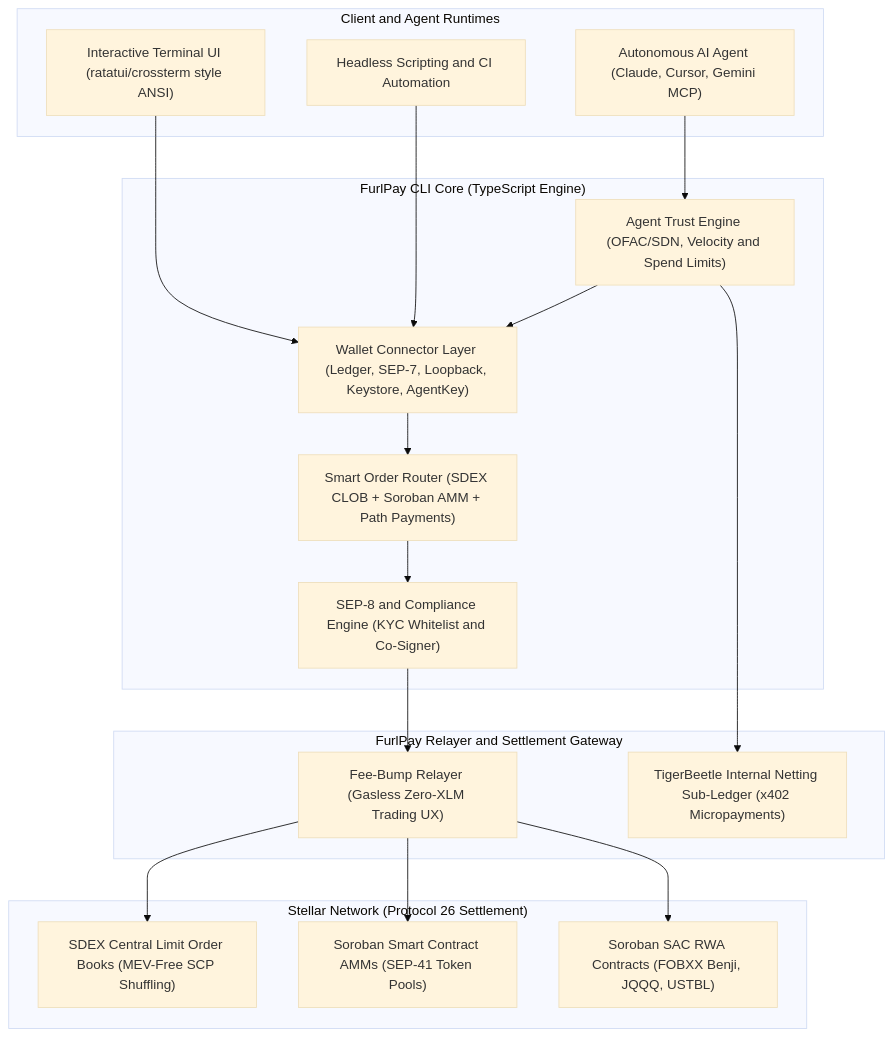
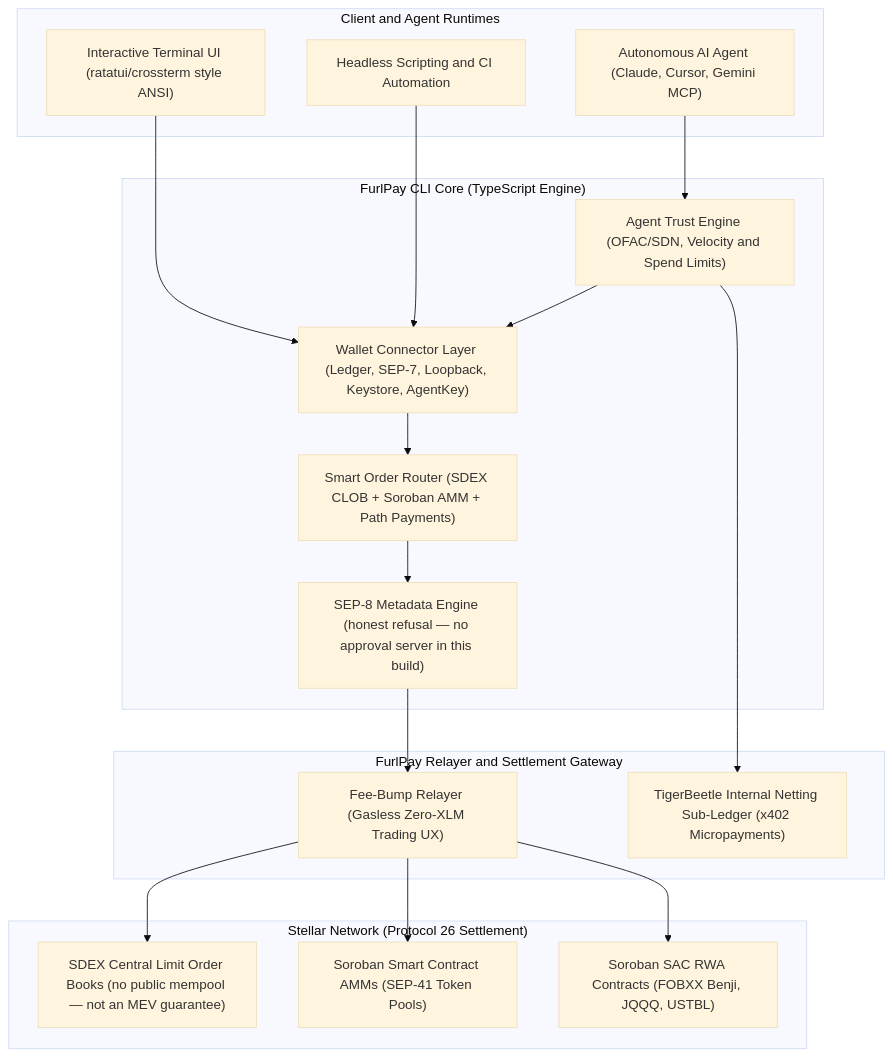
One commit to FurlPay/furlpay-cli changed the first of 4 diagrams in README.md. Above: the diagram before and after it, drawn with Mermaid (base theme). The commit also changed other lines of this file and 12 other files, not shown here.

````diff
--- a/README.md
+++ b/README.md
@@ -101,40 +101,40 @@
 ```mermaid
 graph TD
     subgraph ClientAndRuntimes["Client and Agent Runtimes"]
         TUI["Interactive Terminal UI (ratatui/crossterm style ANSI)"]
         Headless["Headless Scripting and CI Automation"]
         AgentRuntime["Autonomous AI Agent (Claude, Cursor, Gemini MCP)"]
     end
 
     subgraph CoreEngine["FurlPay CLI Core (TypeScript Engine)"]
         WalletLayer["Wallet Connector Layer (Ledger, SEP-7, Loopback, Keystore, AgentKey)"]
         SOR["Smart Order Router (SDEX CLOB + Soroban AMM + Path Payments)"]
-        Compliance["SEP-8 and Compliance Engine (KYC Whitelist and Co-Signer)"]
+        Compliance["SEP-8 Metadata Engine (honest refusal — no approval server in this build)"]
         AgentTrust["Agent Trust Engine (OFAC/SDN, Velocity and Spend Limits)"]
     end
 
     subgraph RelayerAndGateway["FurlPay Relayer and Settlement Gateway"]
         Sponsor["Fee-Bump Relayer (Gasless Zero-XLM Trading UX)"]
         TigerBeetle["TigerBeetle Internal Netting Sub-Ledger (x402 Micropayments)"]
     end
 
     subgraph SettlementLayer["Stellar Network (Protocol 26 Settlement)"]
-        SDEX["SDEX Central Limit Order Books (MEV-Free SCP Shuffling)"]
+        SDEX["SDEX Central Limit Order Books (no public mempool — not an MEV guarantee)"]
         Soroban["Soroban Smart Contract AMMs (SEP-41 Token Pools)"]
         SAC["Soroban SAC RWA Contracts (FOBXX Benji, JQQQ, USTBL)"]
     end
 
     TUI --> WalletLayer
     Headless --> WalletLayer
     AgentRuntime --> AgentTrust
     AgentTrust --> WalletLayer
 
     WalletLayer --> SOR
     SOR --> Compliance
     Compliance --> Sponsor
     AgentTrust --> TigerBeetle
 
     Sponsor --> SDEX
     Sponsor --> Soroban
     Sponsor --> SAC
 ```
````
